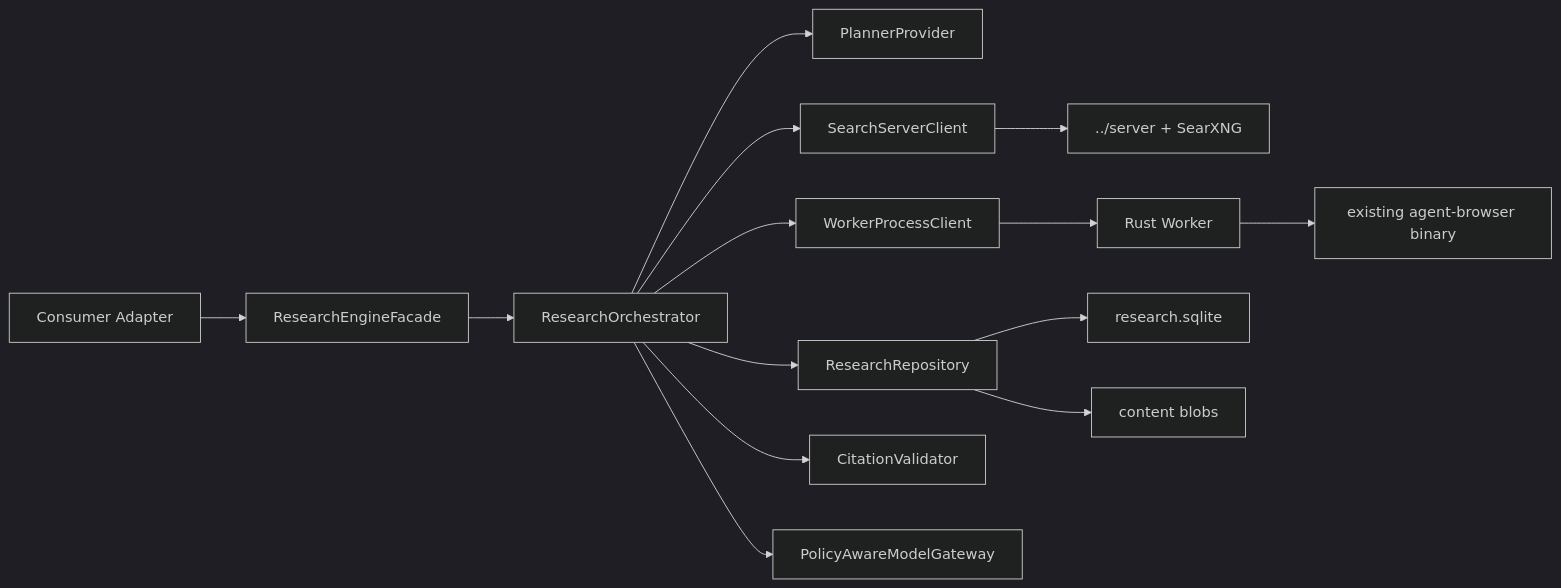
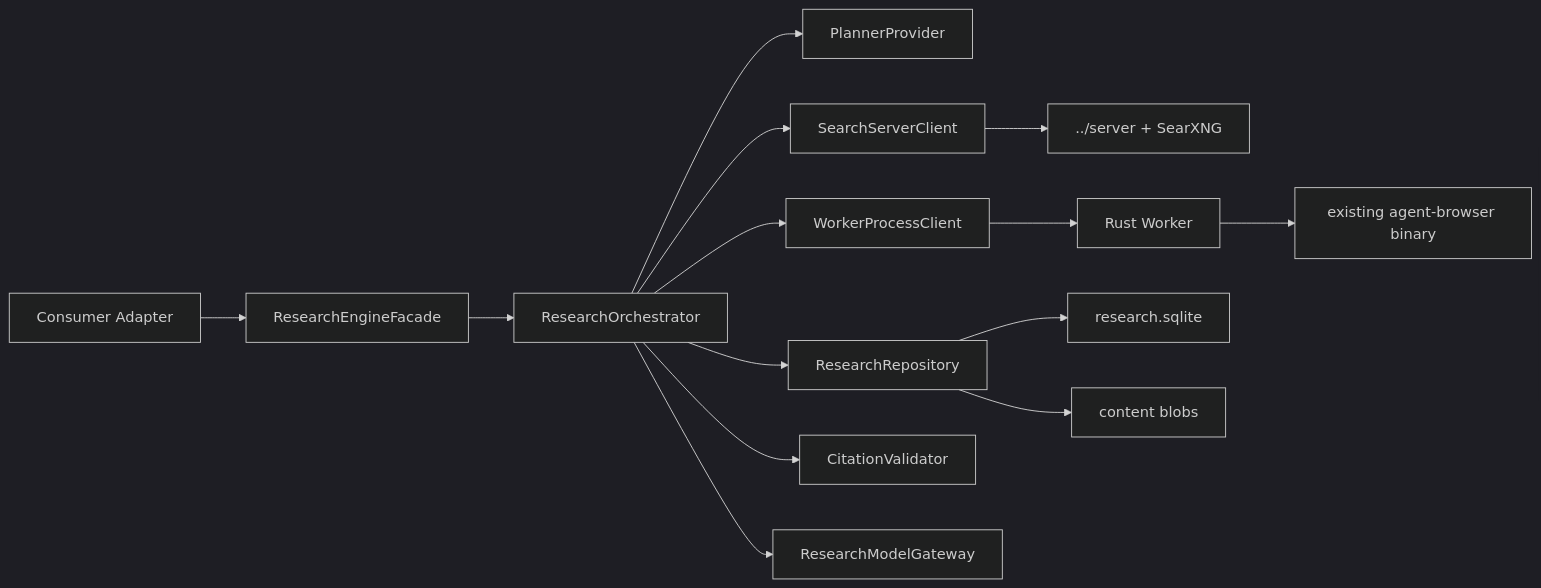
The first of 2 diagrams in docs/superpowers/specs/2026-07-25-cortex-research-engine-development-spec.md (rambocode/cortex-work), drawn with Mermaid (dark theme) before and after one commit. The commit also changed other lines of this file and 57 other files, not shown here.

````diff
--- a/docs/superpowers/specs/2026-07-25-cortex-research-engine-development-spec.md
+++ b/docs/superpowers/specs/2026-07-25-cortex-research-engine-development-spec.md
@@ -264,16 +277,16 @@
 ```mermaid
 flowchart LR
   Consumer["Consumer Adapter"] --> Facade["ResearchEngineFacade"]
   Facade --> Orchestrator["ResearchOrchestrator"]
   Orchestrator --> Planner["PlannerProvider"]
   Orchestrator --> SearchClient["SearchServerClient"]
   Orchestrator --> WorkerClient["WorkerProcessClient"]
   Orchestrator --> Repo["ResearchRepository"]
   Orchestrator --> Citation["CitationValidator"]
-  Orchestrator --> ModelGateway["PolicyAwareModelGateway"]
+  Orchestrator --> ModelGateway["ResearchModelGateway"]
   SearchClient --> Server["../server + SearXNG"]
   WorkerClient --> Worker["Rust Worker"]
   Worker --> Browser["existing agent-browser binary"]
   Repo --> SQLite["research.sqlite"]
   Repo --> Blob["content blobs"]
 ```
````
